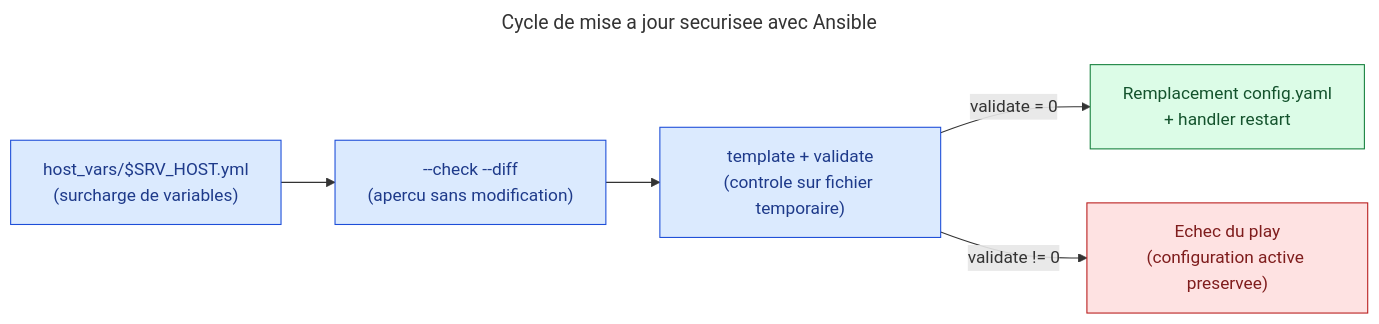
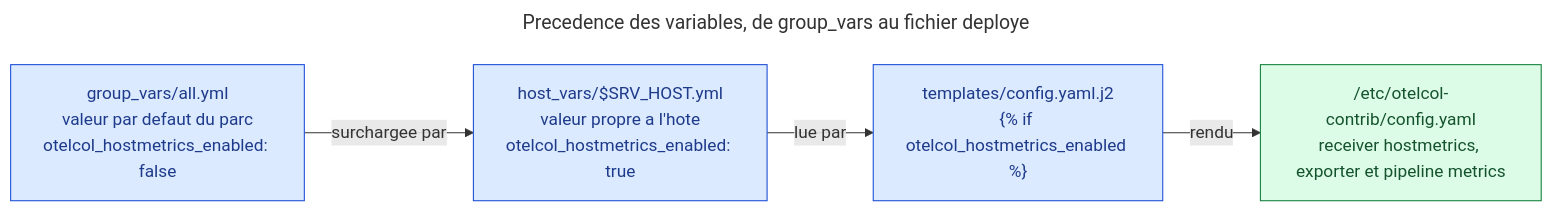
One commit to pragmatic-fermat/opentelemetry-labs changed the ninth of 14 diagrams in Lab_04_Ansible_Jinja2.md. Above: the diagram before and after it, drawn with Mermaid. The commit also changed other lines of this file, not shown here.

First line of the commit message:
lab 4 : reprise des schemas Mermaid et ajouts pour la comprehension

````diff
--- a/Lab_04_Ansible_Jinja2.md
+++ b/Lab_04_Ansible_Jinja2.md
@@ -706,23 +836,15 @@
 ```mermaid
 ---
-title: Cycle de mise a jour securisee avec Ansible
+title: Precedence des variables, de group_vars au fichier deploye
 ---
 flowchart LR
-  HV["host_vars/$SRV_HOST.yml<br/>(surcharge de variables)"]
-  CHK["--check --diff<br/>(apercu sans modification)"]
-  TPL["template + validate<br/>(controle sur fichier temporaire)"]
-  OK["Remplacement config.yaml<br/>+ handler restart"]
-  KO["Echec du play<br/>(configuration active preservee)"]
+  GV["group_vars/all.yml<br/>valeur par defaut du parc<br/>otelcol_hostmetrics_enabled: false"] -->|"surchargee par"| HV["host_vars/$SRV_HOST.yml<br/>valeur propre a l'hote<br/>otelcol_hostmetrics_enabled: true"]
+  HV -->|"lue par"| TPL["templates/config.yaml.j2<br/>{% if otelcol_hostmetrics_enabled %}"]
+  TPL -->|"rendu"| CFG["/etc/otelcol-contrib/config.yaml<br/>receiver hostmetrics, exporter et pipeline metrics"]
 
-  HV --> CHK --> TPL
-  TPL -->|"validate = 0"| OK
-  TPL -->|"validate != 0"| KO
+  classDef step fill:#dbeafe,stroke:#1d4ed8,color:#1e3a8a
+  classDef ok fill:#dcfce7,stroke:#15803d,color:#14532d
 
-  classDef ok fill:#dcfce7,stroke:#15803d,color:#14532d
-  classDef ko fill:#fee2e2,stroke:#b91c1c,color:#7f1d1d
-  classDef step fill:#dbeafe,stroke:#1d4ed8,color:#1e3a8a
-
-  class HV,CHK,TPL step
-  class OK ok
-  class KO ko
+  class GV,HV,TPL step
+  class CFG ok
 ```
````
